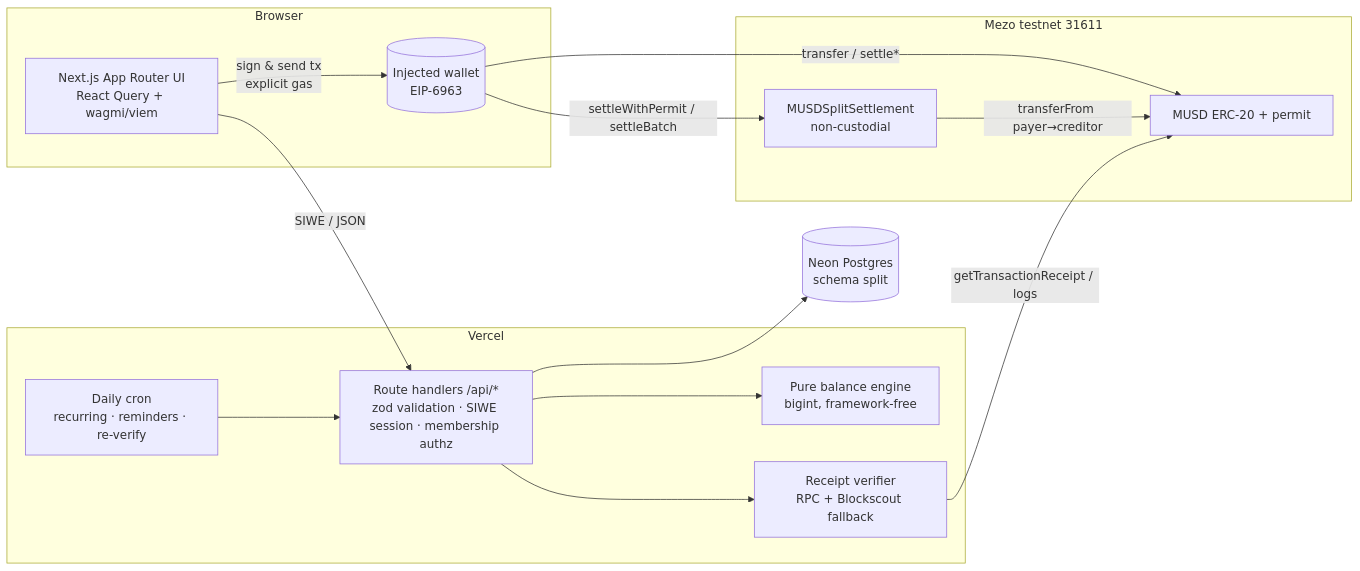
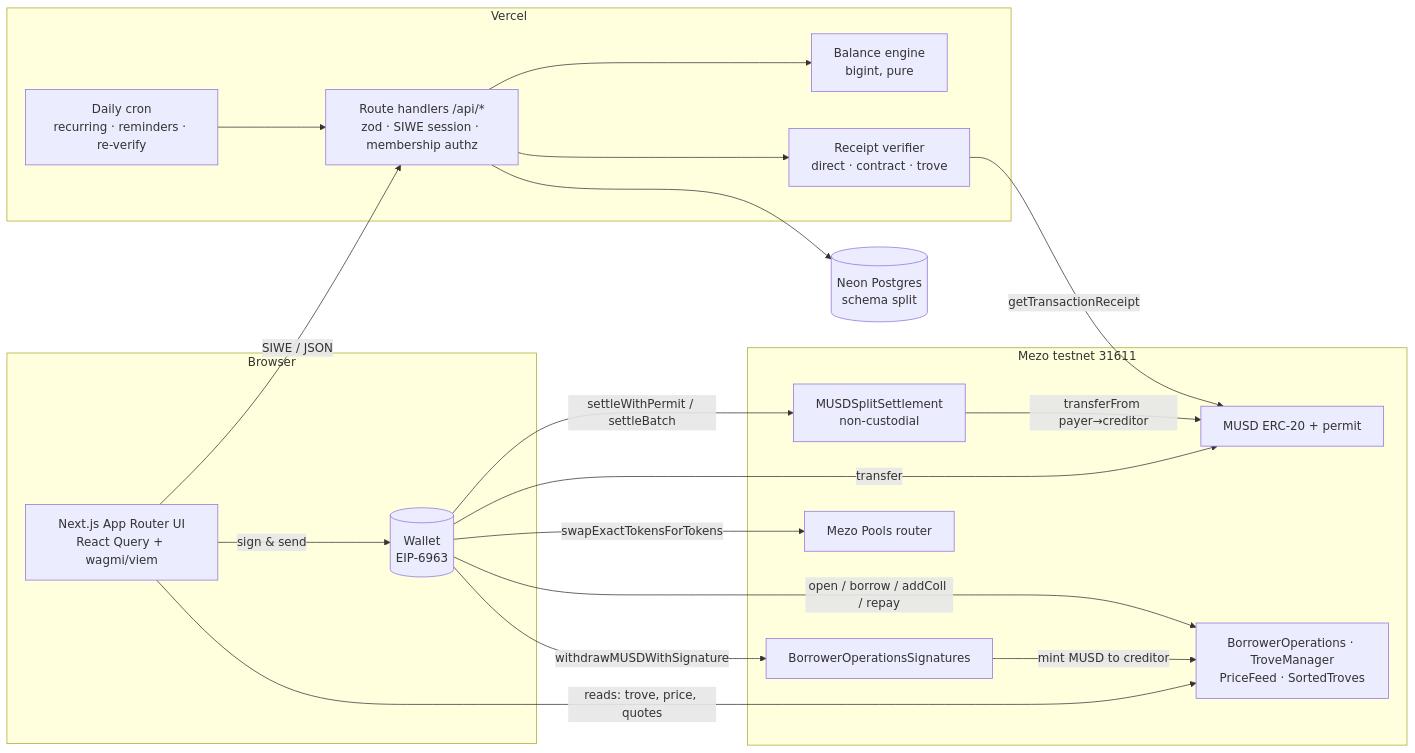
Before and after one commit to cartoontv1152-arch/MUSD-Split: the diagram in README.md, drawn with Mermaid. The commit also changed other lines of this file and 118 other files, not shown here.

````diff
--- a/README.md
+++ b/README.md
@@ -62,28 +101,36 @@
 ```mermaid
 flowchart LR
   subgraph Browser
     UI[Next.js App Router UI<br/>React Query + wagmi/viem]
-    W[(Injected wallet<br/>EIP-6963)]
+    W[(Wallet<br/>EIP-6963)]
   end
   subgraph Vercel
-    API[Route handlers /api/*<br/>zod validation · SIWE session · membership authz]
-    ENG[Pure balance engine<br/>bigint, framework-free]
-    VER[Receipt verifier<br/>RPC + Blockscout fallback]
+    API[Route handlers /api/*<br/>zod · SIWE session · membership authz]
+    ENG[Balance engine<br/>bigint, pure]
+    VER[Receipt verifier<br/>direct · contract · trove]
     CRON[Daily cron<br/>recurring · reminders · re-verify]
   end
   DB[(Neon Postgres<br/>schema split)]
   subgraph Mezo testnet 31611
     MUSD[MUSD ERC-20 + permit]
     SC[MUSDSplitSettlement<br/>non-custodial]
+    BOS[BorrowerOperationsSignatures]
+    BO[BorrowerOperations · TroveManager<br/>PriceFeed · SortedTroves]
+    POOLS[Mezo Pools router]
   end
   UI -- SIWE / JSON --> API
-  UI -- sign & send tx<br/>explicit gas --> W
-  W -- transfer / settle* --> MUSD
+  UI -- reads: trove, price, quotes --> BO
+  UI -- sign & send --> W
+  W -- transfer --> MUSD
   W -- settleWithPermit / settleBatch --> SC
+  W -- withdrawMUSDWithSignature --> BOS
+  BOS -- mint MUSD to creditor --> BO
+  W -- open / borrow / addColl / repay --> BO
+  W -- swapExactTokensForTokens --> POOLS
   SC -- transferFrom payer→creditor --> MUSD
   API --> ENG
   API --> DB
   API --> VER
-  VER -- getTransactionReceipt / logs --> MUSD
+  VER -- getTransactionReceipt --> MUSD
   CRON --> API
 ```
````
